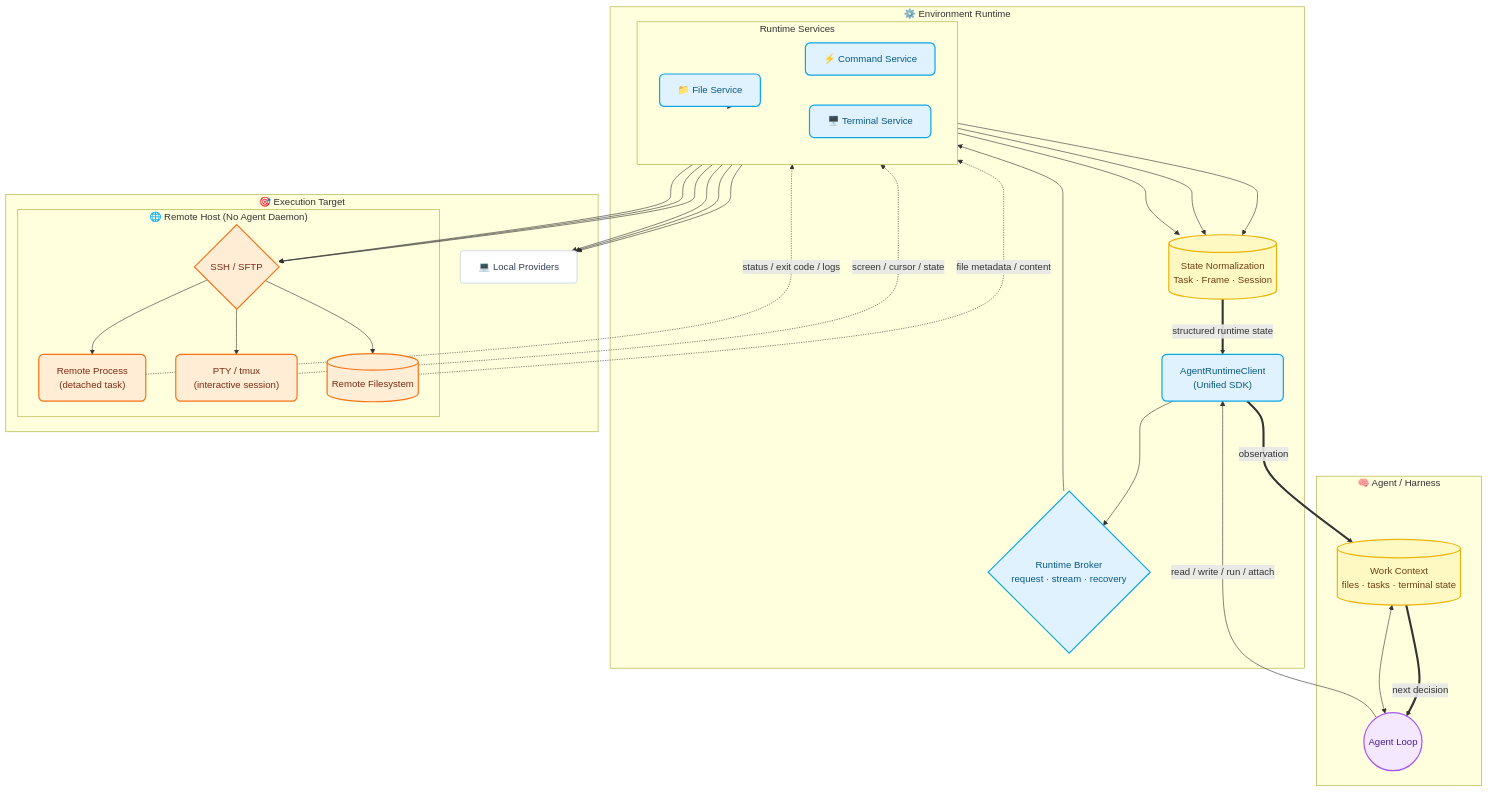
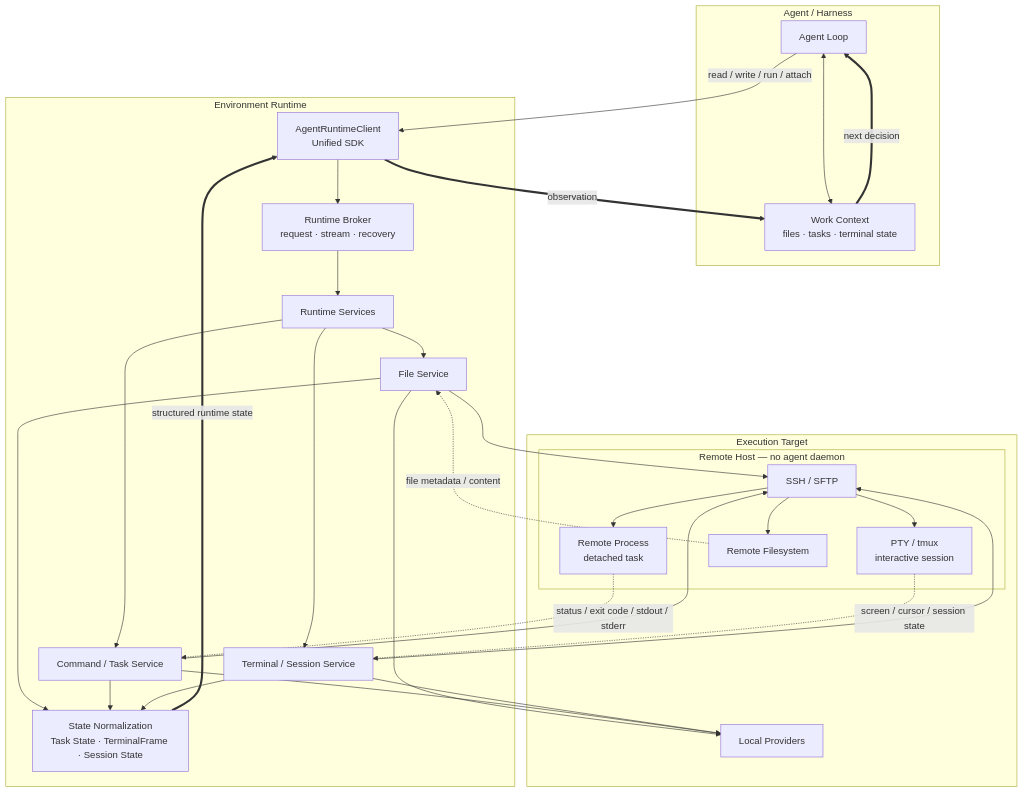
The first of 2 diagrams in README.md (fxxxleexs-collab/HostSpan), drawn with Mermaid before and after one commit.

````diff
--- a/README.md
+++ b/README.md
@@ -14,40 +14,28 @@
 ```mermaid
 flowchart TB
     %% =========================
-    %% Style Definitions (配色与圆角)
-    %% =========================
-    classDef default fill:#ffffff,stroke:#cbd5e1,stroke-width:1.5px,color:#334155,rx:5px
-    classDef agent fill:#f3e8ff,stroke:#a855f7,stroke-width:2px,color:#4c1d95,rx:8px
-    classDef runtime fill:#e0f2fe,stroke:#0ea5e9,stroke-width:2px,color:#075985,rx:8px
-    classDef remote fill:#ffedd5,stroke:#f97316,stroke-width:2px,color:#7c2d12,rx:8px
-    classDef state fill:#fef9c3,stroke:#eab308,stroke-width:2px,color:#713f12,rx:8px
-    classDef important stroke:#ef4444,stroke-width:3px,stroke-dasharray: 5 5
-
-    %% =========================
     %% Agent Layer
     %% =========================
-    subgraph AGENT["🧠 Agent / Harness"]
-        A(("Agent Loop")):::agent
-        C[("Work Context<br/>files · tasks · terminal state")]:::state
+    subgraph AGENT["Agent / Harness"]
+        A["Agent Loop"]
+        C["Work Context<br/>files · tasks · terminal state"]
         A <--> C
     end
 
     %% =========================
     %% Runtime
     %% =========================
-    subgraph RUNTIME["⚙️ Environment Runtime"]
-        SDK["AgentRuntimeClient<br/>(Unified SDK)"]:::runtime
+    subgraph RUNTIME["Environment Runtime"]
+        SDK["AgentRuntimeClient<br/>Unified SDK"]
 
-        BROKER{"Runtime Broker<br/>request · stream · recovery"}:::runtime
+        BROKER["Runtime Broker<br/>request · stream · recovery"]
 
-        subgraph SERVICES["Runtime Services"]
-            direction LR
-            FILE["📁 File Service"]:::runtime
-            CMD["⚡ Command Service"]:::runtime
-            TERM["🖥️ Terminal Service"]:::runtime
-        end
+        SERVICES["Runtime Services"]
+        FILE["File Service"]
+        CMD["Command / Task Service"]
+        TERM["Terminal / Session Service"]
 
-        STATE[("State Normalization<br/>Task · Frame · Session")]:::state
+        STATE["State Normalization<br/>Task State · TerminalFrame · Session State"]
 
         SDK --> BROKER
         BROKER --> SERVICES
@@ -64,14 +52,14 @@
     %% =========================
     %% Providers / Targets
     %% =========================
-    subgraph TARGET["🎯 Execution Target"]
-        LOCAL["💻 Local Providers"]:::default
+    subgraph TARGET["Execution Target"]
+        LOCAL["Local Providers"]
 
-        subgraph REMOTE["🌐 Remote Host (No Agent Daemon)"]
-            SSH{"SSH / SFTP"}:::remote
-            PROC["Remote Process<br/>(detached task)"]:::remote
-            TMUX["PTY / tmux<br/>(interactive session)"]:::remote
-            FS[("Remote Filesystem")]:::remote
+        subgraph REMOTE["Remote Host — no agent daemon"]
+            SSH["SSH / SFTP"]
+            PROC["Remote Process<br/>detached task"]
+            TMUX["PTY / tmux<br/>interactive session"]
+            FS["Remote Filesystem"]
 
             SSH --> PROC
             SSH --> TMUX
@@ -79,9 +67,6 @@
         end
     end
 
-    %% =========================
-    %% Relationships & Edges
-    %% =========================
     %% Agent requests
     A -->|"read / write / run / attach"| SDK
 
@@ -94,13 +79,13 @@
     CMD --> SSH
     TERM --> SSH
 
-    %% Remote observations (Dashed)
+    %% Remote observations
     FS -.->|"file metadata / content"| FILE
-    PROC -.->|"status / exit code / logs"| CMD
-    TMUX -.->|"screen / cursor / state"| TERM
+    PROC -.->|"status / exit code / stdout / stderr"| CMD
+    TMUX -.->|"screen / cursor / session state"| TERM
 
-    %% Critical feedback loop (Thick)
-    STATE == "structured runtime state" ==> SDK
-    SDK == "observation" ==> C
-    C == "next decision" ==> A
+    %% Critical feedback loop
+    STATE ==>|"structured runtime state"| SDK
+    SDK ==>|"observation"| C
+    C ==>|"next decision"| A
 ```
````
